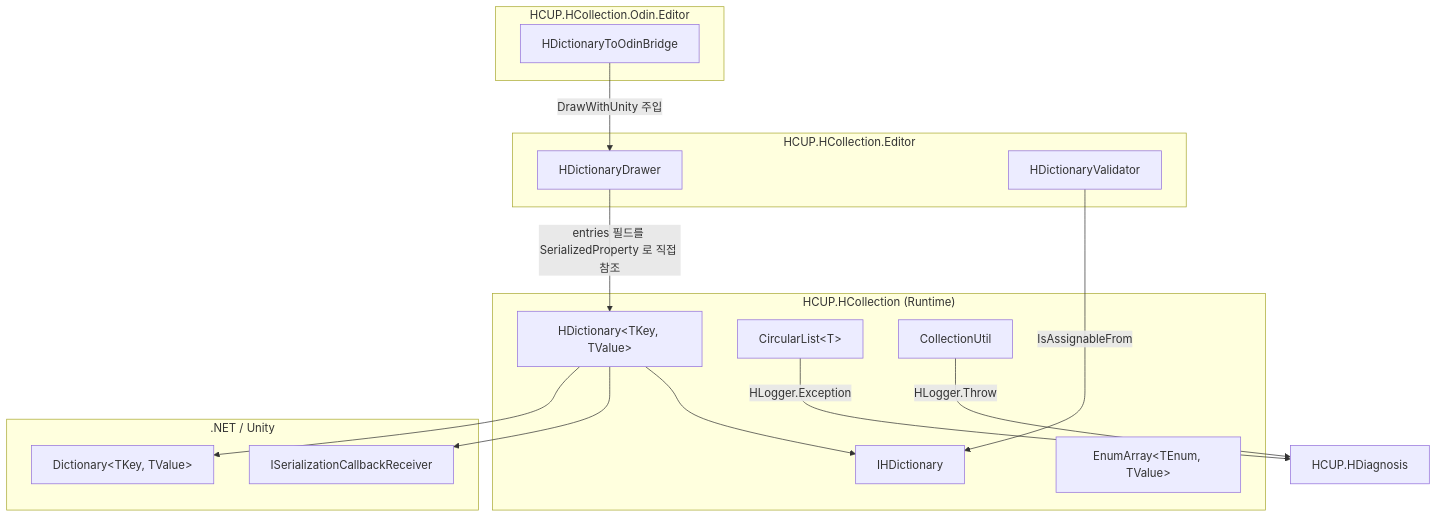
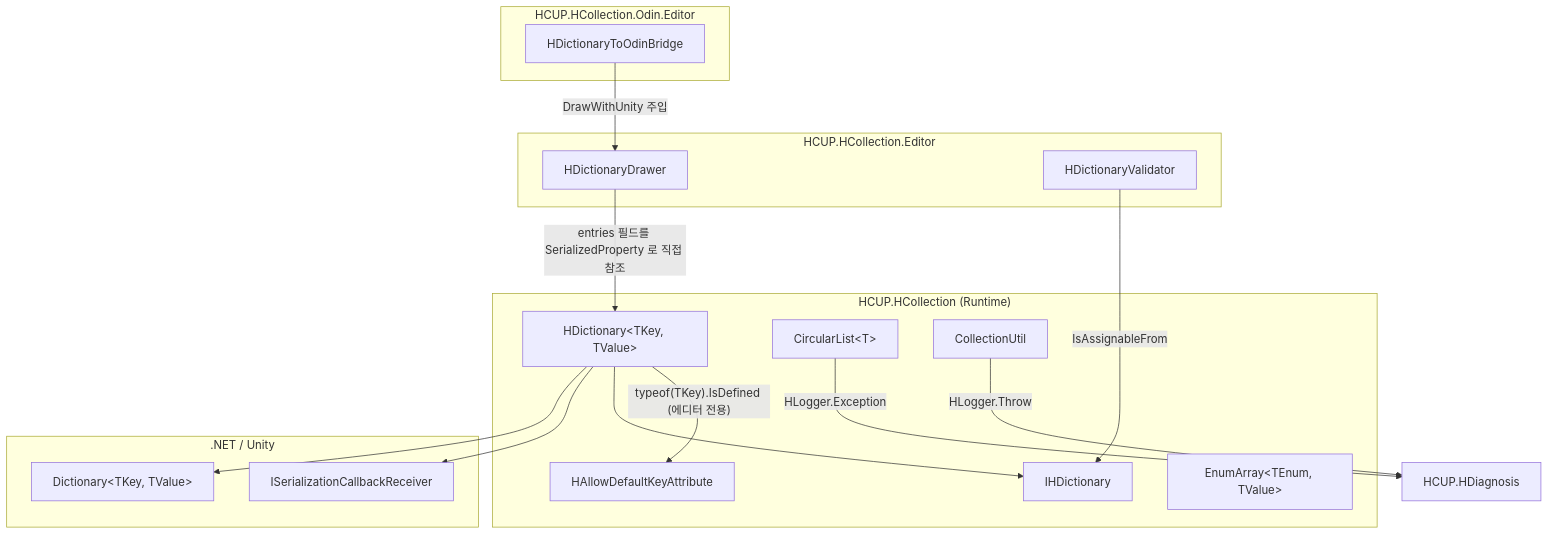
One commit to HoHong123/HCUP-Unity changed the first of 2 diagrams in HCollection/Runtime/README.md. Above: the diagram before and after it, drawn with Mermaid. The commit also changed other lines of this file, not shown here.

````diff
--- a/HCollection/Runtime/README.md
+++ b/HCollection/Runtime/README.md
@@ -42,33 +44,37 @@
 ```mermaid
 flowchart TD
     subgraph Runtime["HCUP.HCollection (Runtime)"]
     HD["HDictionary&lt;TKey, TValue&gt;"]
     IHD["IHDictionary"]
+    ADK["HAllowDefaultKeyAttribute"]
     CL["CircularList&lt;T&gt;"]
     EA["EnumArray&lt;TEnum, TValue&gt;"]
     CU["CollectionUtil"]
     end
 
     subgraph BCL[".NET / Unity"]
     DICT["Dictionary&lt;TKey, TValue&gt;"]
     ISCR["ISerializationCallbackReceiver"]
     end
 
     subgraph Editor["HCUP.HCollection.Editor"]
     DRW["HDictionaryDrawer"]
     VAL["HDictionaryValidator"]
     end
 
     subgraph Odin["HCUP.HCollection.Odin.Editor"]
     BRG["HDictionaryToOdinBridge"]
     end
 
+    LOG["HCUP.HDiagnosis"]
+
     HD --> DICT
     HD --> ISCR
     HD --> IHD
+    HD -->|"typeof(TKey).IsDefined (에디터 전용)"| ADK
     DRW -->|"entries 필드를 SerializedProperty 로 직접 참조"| HD
     VAL -->|"IsAssignableFrom"| IHD
     BRG -->|"DrawWithUnity 주입"| DRW
-    CL -->|"HLogger.Exception"| LOG["HCUP.HDiagnosis"]
+    CL -->|"HLogger.Exception"| LOG
     CU -->|"HLogger.Throw"| LOG
 ```
````
